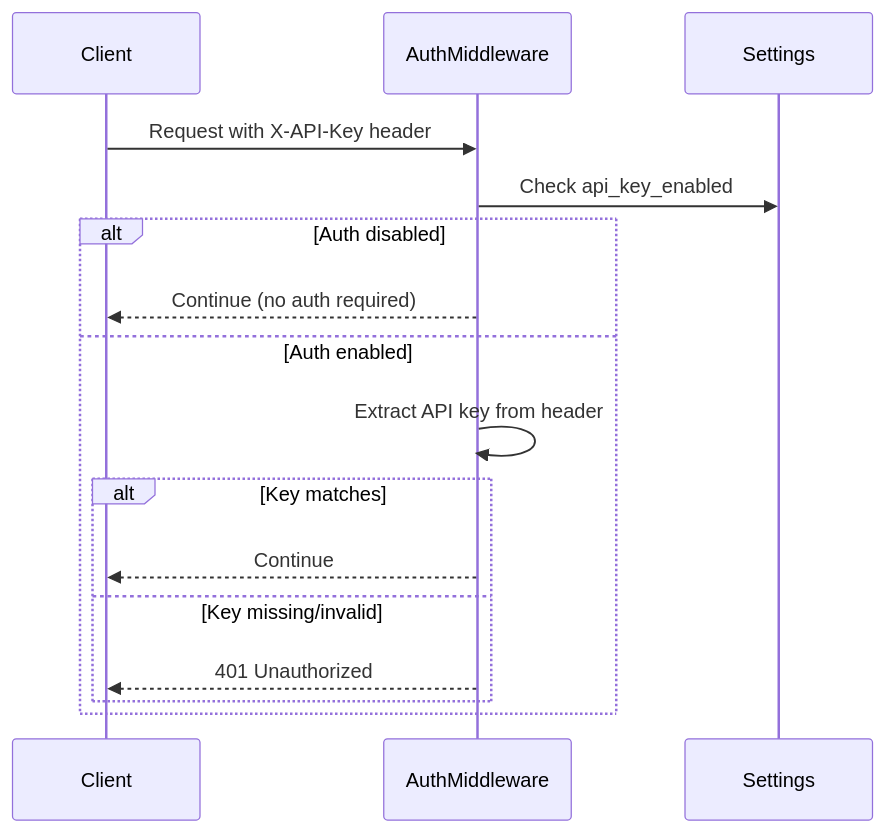
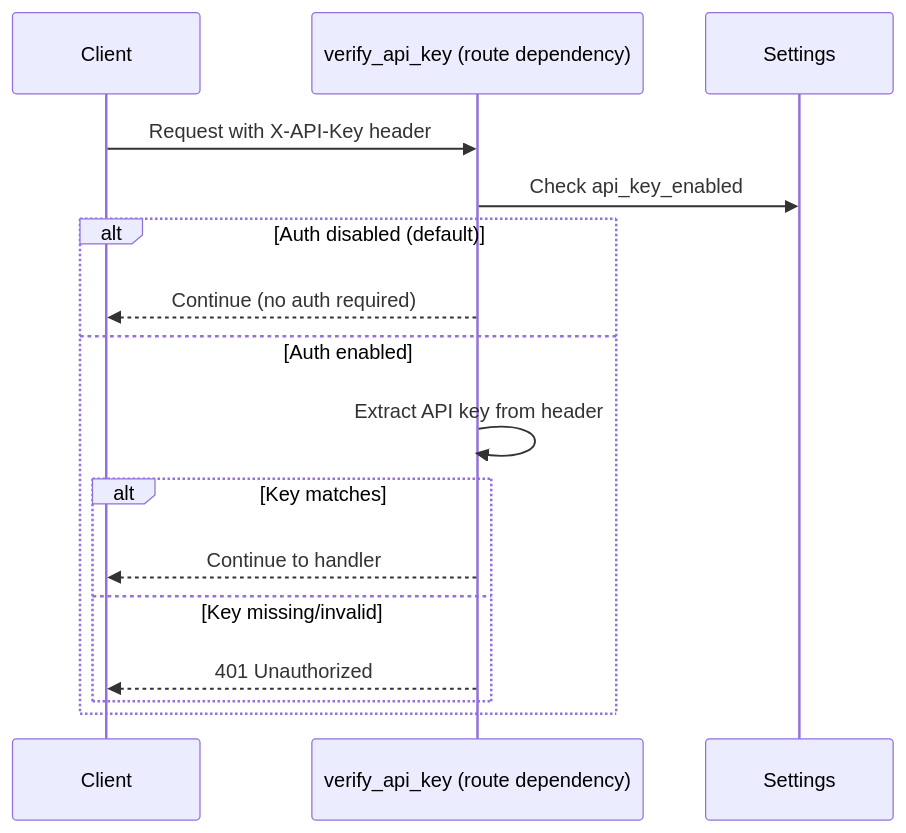
The second of 3 diagrams in docs/architecture/dataflows/api-request-flow.md (mikesvoboda/nemotron-v3-home-security-intelligence), drawn with Mermaid before and after one commit. The commit also changed other lines of this file and 26 other files, not shown here.

````diff
--- a/docs/architecture/dataflows/api-request-flow.md
+++ b/docs/architecture/dataflows/api-request-flow.md
@@ -123,19 +165,19 @@
 ```mermaid
 sequenceDiagram
     participant Client
-    participant Auth as AuthMiddleware
+    participant Guard as verify_api_key (route dependency)
     participant Settings
 
-    Client->>Auth: Request with X-API-Key header
-    Auth->>Settings: Check api_key_enabled
-    alt Auth disabled
-        Auth-->>Client: Continue (no auth required)
+    Client->>Guard: Request with X-API-Key header
+    Guard->>Settings: Check api_key_enabled
+    alt Auth disabled (default)
+        Guard-->>Client: Continue (no auth required)
     else Auth enabled
-        Auth->>Auth: Extract API key from header
+        Guard->>Guard: Extract API key from header
         alt Key matches
-            Auth-->>Client: Continue
+            Guard-->>Client: Continue to handler
         else Key missing/invalid
-            Auth-->>Client: 401 Unauthorized
+            Guard-->>Client: 401 Unauthorized
         end
     end
 ```
````
